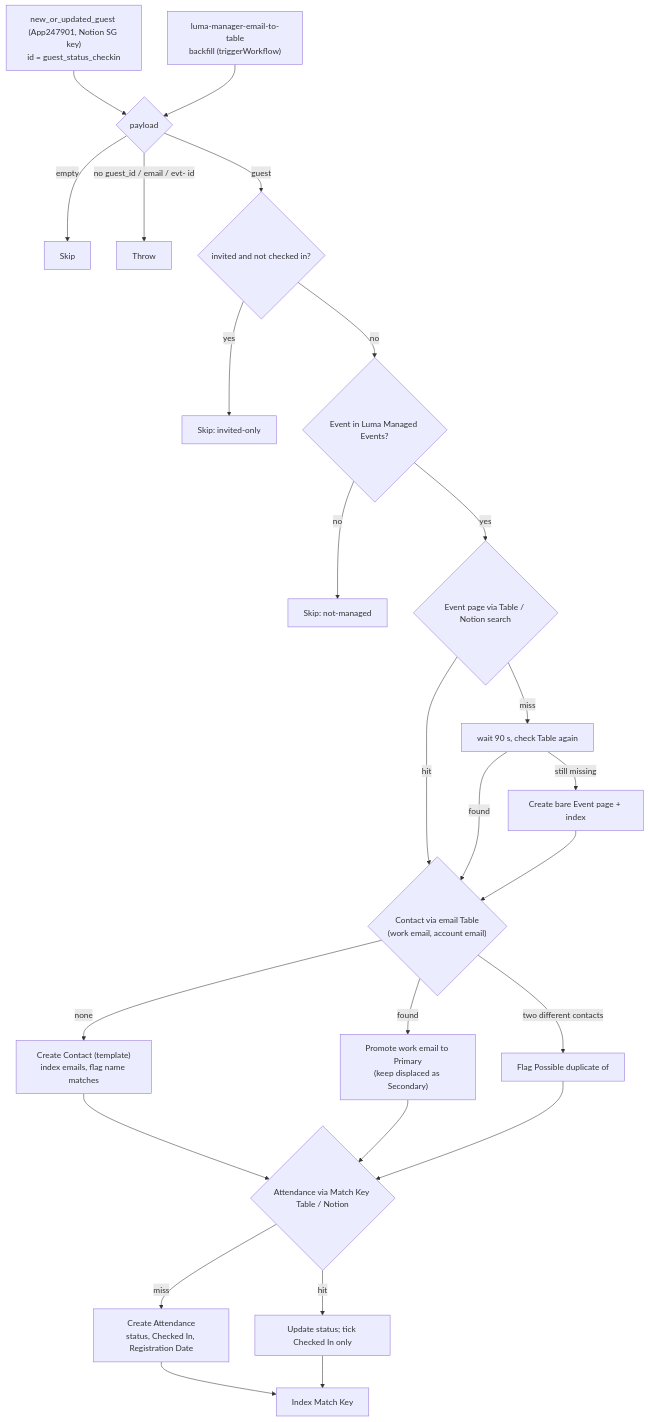
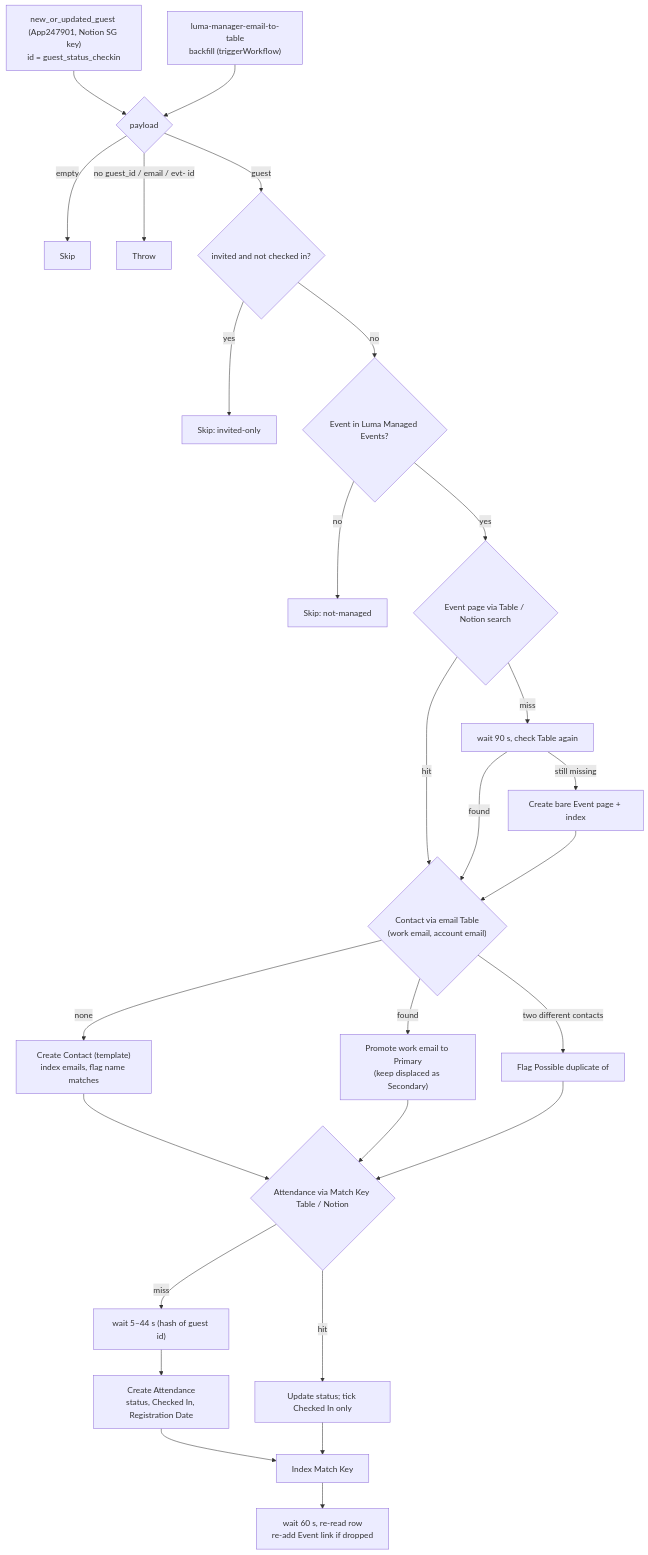
The diagram in luma-hosted-guest-to-event-attendance/README.md (work-flowers/zapier-sdk), drawn with Mermaid before and after one commit. The commit also changed other lines of this file and 3 other files, not shown here.

````diff
--- a/luma-hosted-guest-to-event-attendance/README.md
+++ b/luma-hosted-guest-to-event-attendance/README.md
@@ -37,27 +39,28 @@
 ```mermaid
 flowchart TD
     T["new_or_updated_guest (App247901, Notion SG key)<br/>id = guest_status_checkin"] --> A
     BF["luma-manager-email-to-table<br/>backfill (triggerWorkflow)"] --> A
     A{"payload"} -->|"empty"| S0["Skip"]
     A -->|"no guest_id / email / evt- id"| X["Throw"]
     A -->|"guest"| I{"invited and not checked in?"}
     I -->|"yes"| S1["Skip: invited-only"]
     I -->|"no"| M{"Event in Luma Managed Events?"}
     M -->|"no"| S2["Skip: not-managed"]
     M -->|"yes"| E{"Event page via Table / Notion search"}
     E -->|"miss"| W["wait 90 s, check Table again"]
     W -->|"still missing"| EC["Create bare Event page + index"]
     E -->|"hit"| C
     W -->|"found"| C
     EC --> C{"Contact via email Table<br/>(work email, account email)"}
     C -->|"none"| CC["Create Contact (template)<br/>index emails, flag name matches"]
     C -->|"found"| CR["Promote work email to Primary<br/>(keep displaced as Secondary)"]
     C -->|"two different contacts"| CD["Flag Possible duplicate of"]
     CC --> AT
     CR --> AT
     CD --> AT
-    AT{"Attendance via Match Key Table / Notion"} -->|"miss"| AC["Create Attendance<br/>status, Checked In, Registration Date"]
+    AT{"Attendance via Match Key Table / Notion"} -->|"miss"| SG["wait 5–44 s (hash of guest id)"] --> AC["Create Attendance<br/>status, Checked In, Registration Date"]
     AT -->|"hit"| AU["Update status; tick Checked In only"]
     AC --> IX["Index Match Key"]
     AU --> IX
+    IX --> EL["wait 60 s, re-read row<br/>re-add Event link if dropped"]
 ```
````
